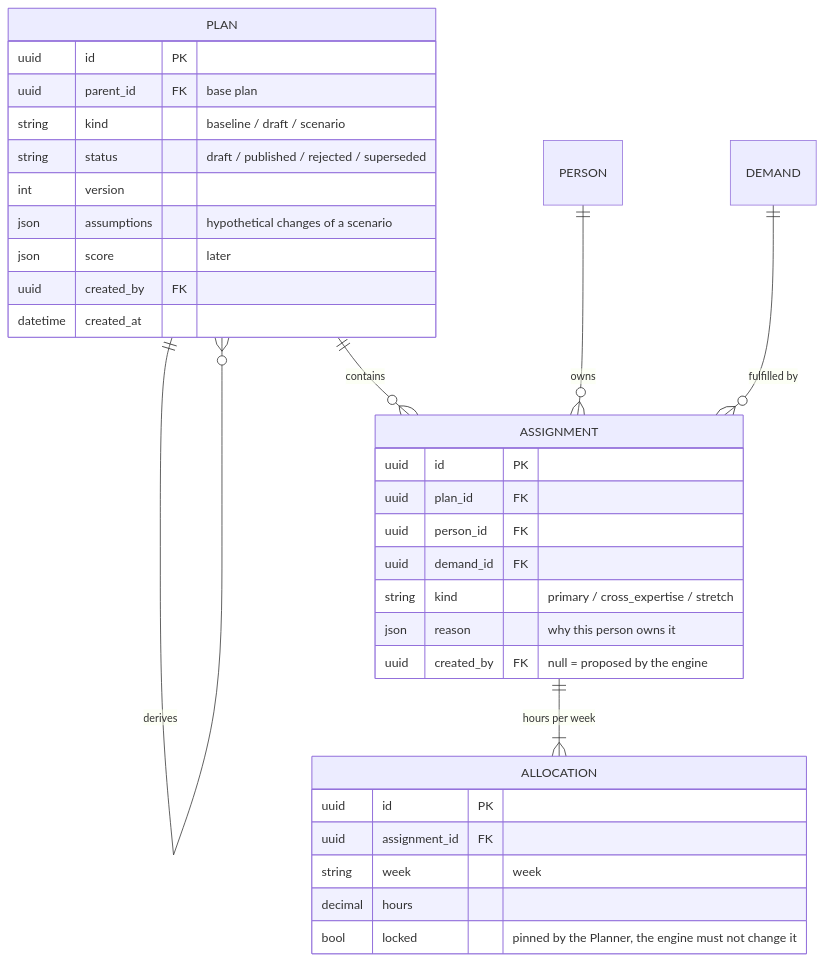
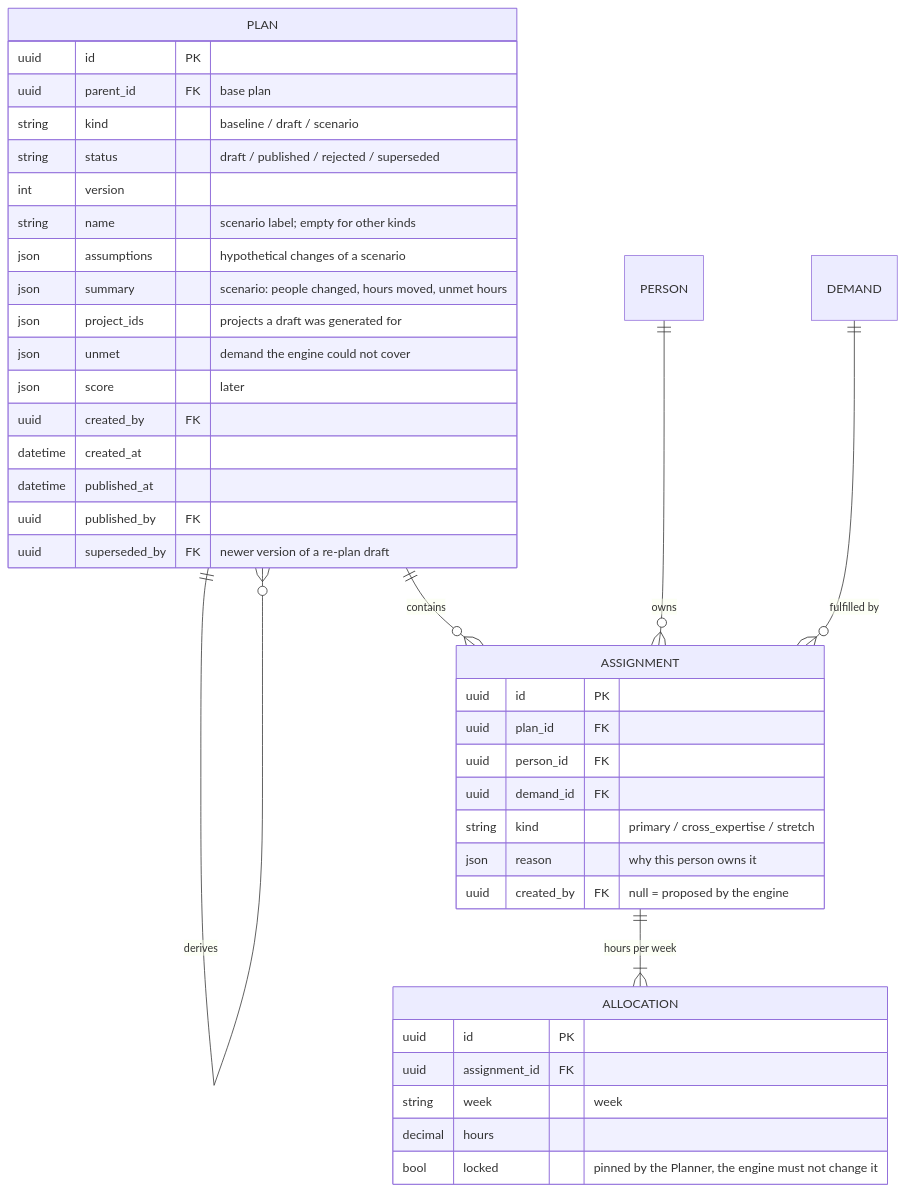
Before and after one commit to dophnamm/the-slot-finder: the seventh of 14 diagrams in README.md, drawn with Mermaid. The commit also changed other lines of this file and 1 other file, not shown here.

Commit message:
docs: correct the architecture README and diagrams

````diff
--- a/README.md
+++ b/README.md
@@ -362,36 +360,43 @@
 ```mermaid
 erDiagram
   PLAN ||--o{ PLAN : derives
   PLAN ||--o{ ASSIGNMENT : contains
   PERSON ||--o{ ASSIGNMENT : owns
   DEMAND ||--o{ ASSIGNMENT : "fulfilled by"
   ASSIGNMENT ||--|{ ALLOCATION : "hours per week"
 
   PLAN {
     uuid id PK
     uuid parent_id FK "base plan"
     string kind "baseline / draft / scenario"
     string status "draft / published / rejected / superseded"
     int version
+    string name "scenario label; empty for other kinds"
     json assumptions "hypothetical changes of a scenario"
+    json summary "scenario: people changed, hours moved, unmet hours"
+    json project_ids "projects a draft was generated for"
+    json unmet "demand the engine could not cover"
     json score "later"
     uuid created_by FK
     datetime created_at
+    datetime published_at
+    uuid published_by FK
+    uuid superseded_by FK "newer version of a re-plan draft"
   }
   ASSIGNMENT {
     uuid id PK
     uuid plan_id FK
     uuid person_id FK
     uuid demand_id FK
     string kind "primary / cross_expertise / stretch"
     json reason "why this person owns it"
     uuid created_by FK "null = proposed by the engine"
   }
   ALLOCATION {
     uuid id PK
     uuid assignment_id FK
     string week "week"
     decimal hours
     bool locked "pinned by the Planner, the engine must not change it"
   }
 ```
````
